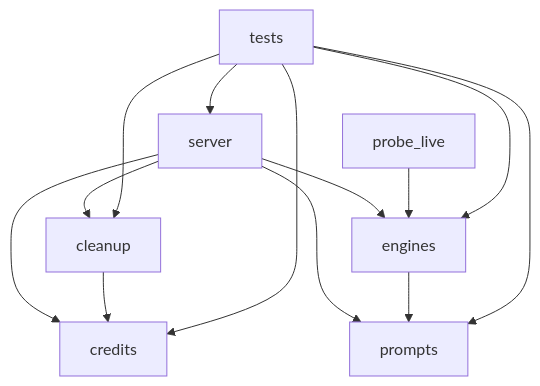
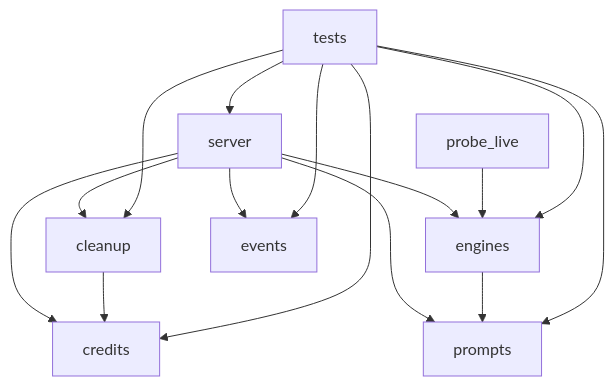
Before and after one commit to jovylle/free-photo-edit: the diagram in docs/ARCHITECTURE.md, drawn with Mermaid. The commit also changed other lines of this file and 7 other files, not shown here.

````diff
--- a/docs/ARCHITECTURE.md
+++ b/docs/ARCHITECTURE.md
@@ -34,15 +36,17 @@
 ```mermaid
 graph TD
   server --> cleanup
   server --> engines
   server --> credits
+  server --> events
   server --> prompts
   cleanup --> credits
   engines --> prompts
   probe_live --> engines
   tests --> server
   tests --> engines
   tests --> credits
+  tests --> events
   tests --> prompts
   tests --> cleanup
 ```
````
